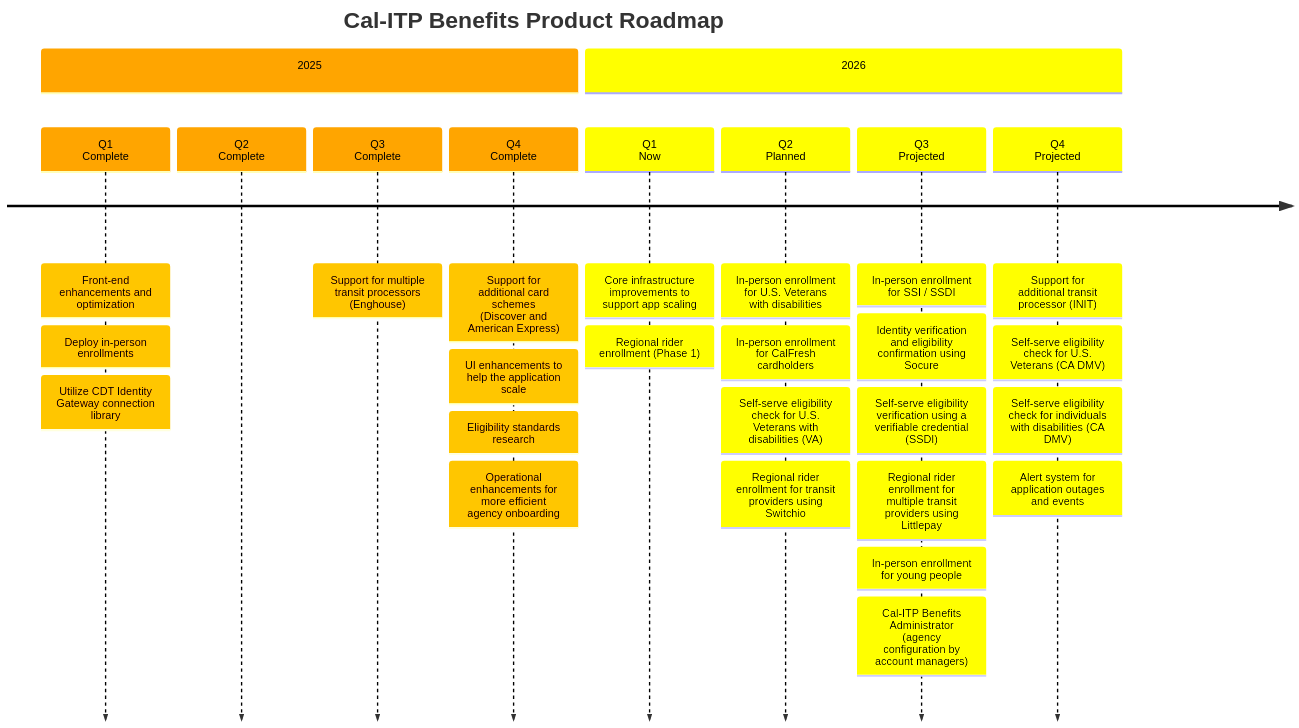
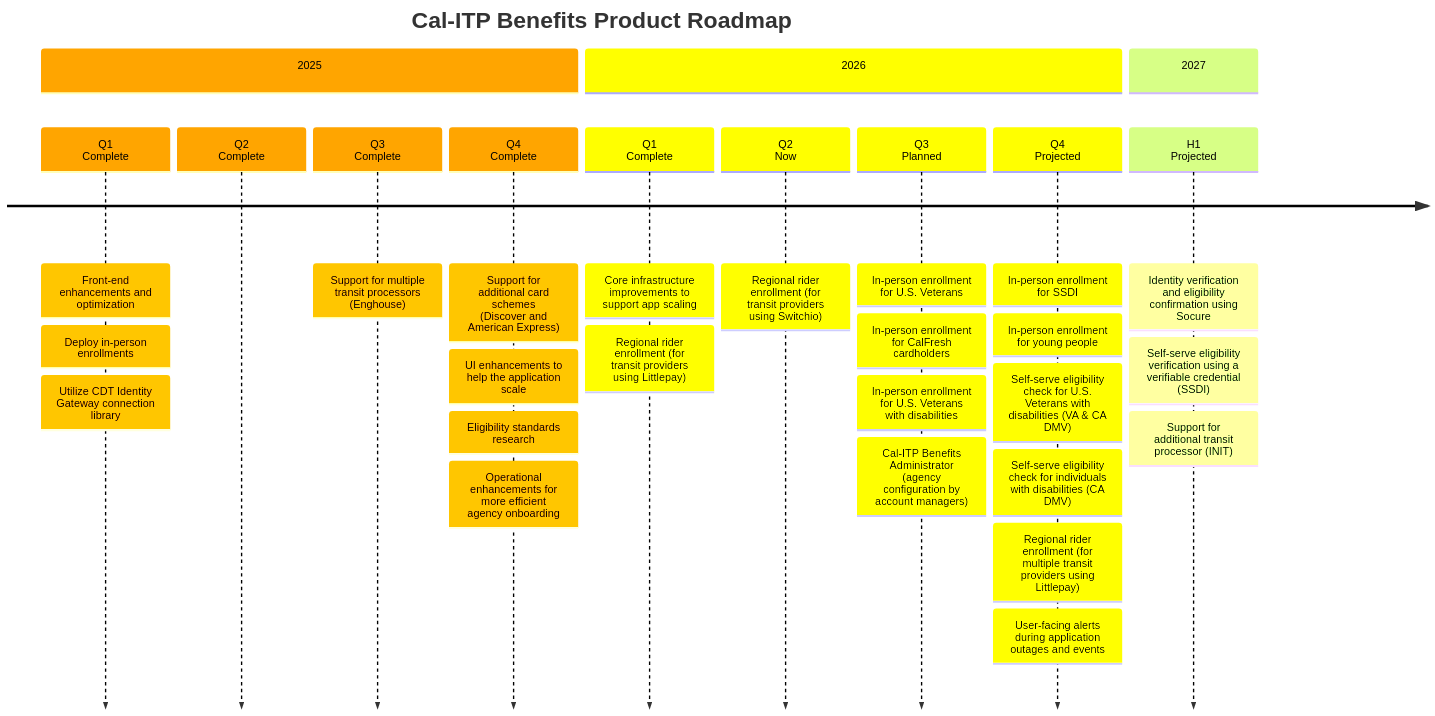
Before and after one commit to cal-itp/benefits: the diagram in docs/index.md, drawn with Mermaid.

Commit message:
docs: Q2 revisions to the Cal-ITP Benefits product roadmap
- adjusted timeline for 2026 efforts
- added a bucket for 2027 efforts

````diff
--- a/docs/index.md
+++ b/docs/index.md
@@ -26,64 +26,70 @@
 ```mermaid
 timeline
     title Cal-ITP Benefits Product Roadmap
 
 %% Cal-ITP Benefits Epics (2025)
           section 2025
 
           Q1<br>Complete
         : Front-end enhancements and optimization
         : Deploy in-person enrollments
         : Utilize CDT Identity Gateway connection library
 
           Q2<br>Complete
 
           Q3<br>Complete
         : Support for multiple transit processors (Enghouse)
 
           Q4<br>Complete
         : Support for additional card schemes<br>(Discover and American Express)
         : UI enhancements to help the application scale
         : Eligibility standards research
         : Operational enhancements for more efficient agency onboarding
 
 %% Cal-ITP Benefits Epics (2026)
 
         section 2026
 
-        Q1<br>Now
+        Q1<br>Complete
         : Core infrastructure improvements to support app scaling
-        : Regional rider enrollment (Phase 1)
+        : Regional rider enrollment (for transit providers using Littlepay)
 
-        Q2<br>Planned
+        Q2<br>Now
+        : Regional rider enrollment (for transit providers using Switchio)
+
+        Q3<br>Planned
+        : In-person enrollment for U.S. Veterans
+        : In-person enrollment for CalFresh cardholders
         : In-person enrollment for U.S. Veterans with disabilities
-        : In-person enrollment for CalFresh cardholders
-        : Self-serve eligibility check for U.S. Veterans with disabilities (VA)
-        : Regional rider enrollment for transit providers using Switchio
-
-        Q3<br>Projected
-        : In-person enrollment for SSI / SSDI
-        : Identity verification and eligibility confirmation using Socure
-        : Self-serve eligibility verification using a verifiable credential (SSDI)
-        : Regional rider enrollment for multiple transit providers using Littlepay
-        : In-person enrollment for young people
         : Cal-ITP Benefits Administrator<br>(agency configuration by account managers)
 
         Q4<br>Projected
+        : In-person enrollment for SSDI
+        : In-person enrollment for young people
+        : Self-serve eligibility check for U.S. Veterans with disabilities (VA & CA DMV)
+        : Self-serve eligibility check for individuals with disabilities (CA DMV)
+        : Regional rider enrollment (for multiple transit providers using Littlepay)
+        : User-facing alerts during application outages and events
+
+%% Cal-ITP Benefits Epics & Initiatives (Future)
+
+        section 2027
+
+        H1<br>Projected
+
+        : Identity verification and eligibility confirmation using Socure
+        : Self-serve eligibility verification using a verifiable credential (SSDI)
         : Support for additional transit processor (INIT)
-        : Self-serve eligibility check for U.S. Veterans (CA DMV)
-        : Self-serve eligibility check for individuals with disabilities (CA DMV)
-        : Alert system for application outages and events
-
 %%{
   init: {
     'logLevel': 'debug',
     'theme': 'default' ,
     'themeVariables': {
       'cScale0': 'orange',
       'cScaleLabel0': 'black',
       'cScale1': 'yellow',
       'cScaleLabel1': 'black'
     }
   }
 }%%
 ```
````
